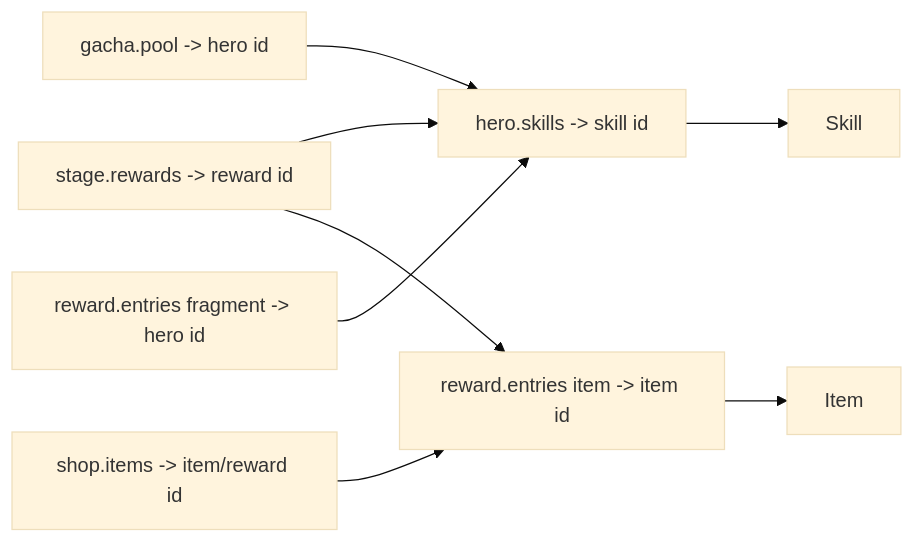
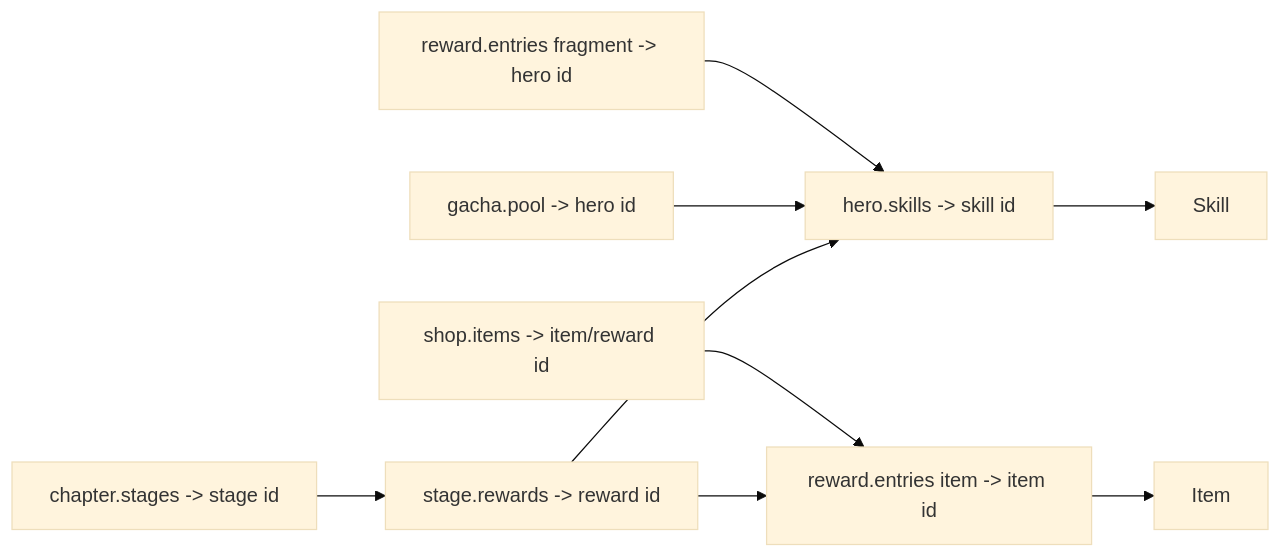
Before and after one commit to NamTran-Dev-2712/game-turn-battle: the diagram in docs/gameplay/configuration-and-data.md, drawn with Mermaid (base theme). The commit also changed other lines of this file and 84 other files, not shown here.

````diff
--- a/docs/gameplay/configuration-and-data.md
+++ b/docs/gameplay/configuration-and-data.md
@@ -49,10 +51,11 @@
 ```mermaid
 flowchart LR
     Hero[hero.skills -> skill id] --> Skill
     Stage[stage.enemies -> hero/enemy id] --> Hero
     Stage[stage.rewards -> reward id] --> Reward
     Gacha[gacha.pool -> hero id] --> Hero
     Shop[shop.items -> item/reward id] --> Reward
     Reward[reward.entries item -> item id] --> Item
     Reward2[reward.entries fragment -> hero id] --> Hero
+    Chapter[chapter.stages -> stage id] --> Stage
 ```
````
